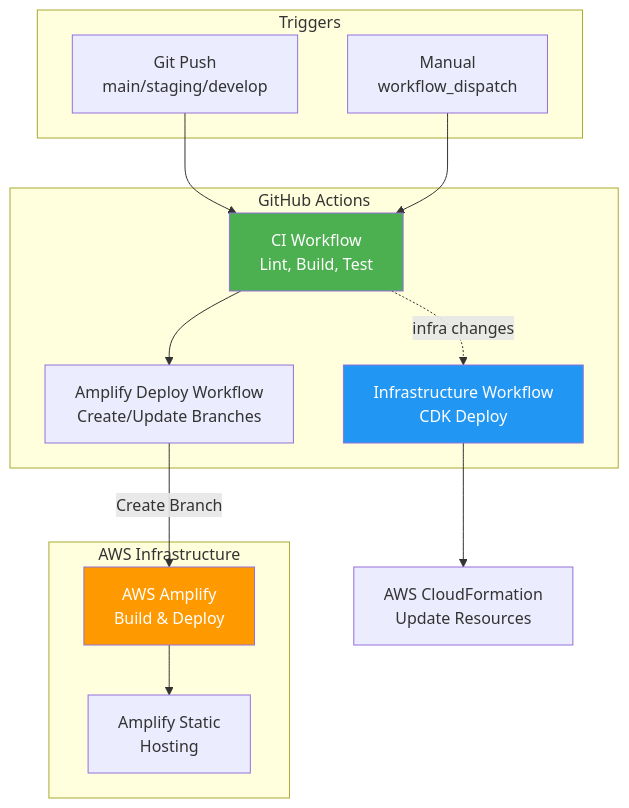
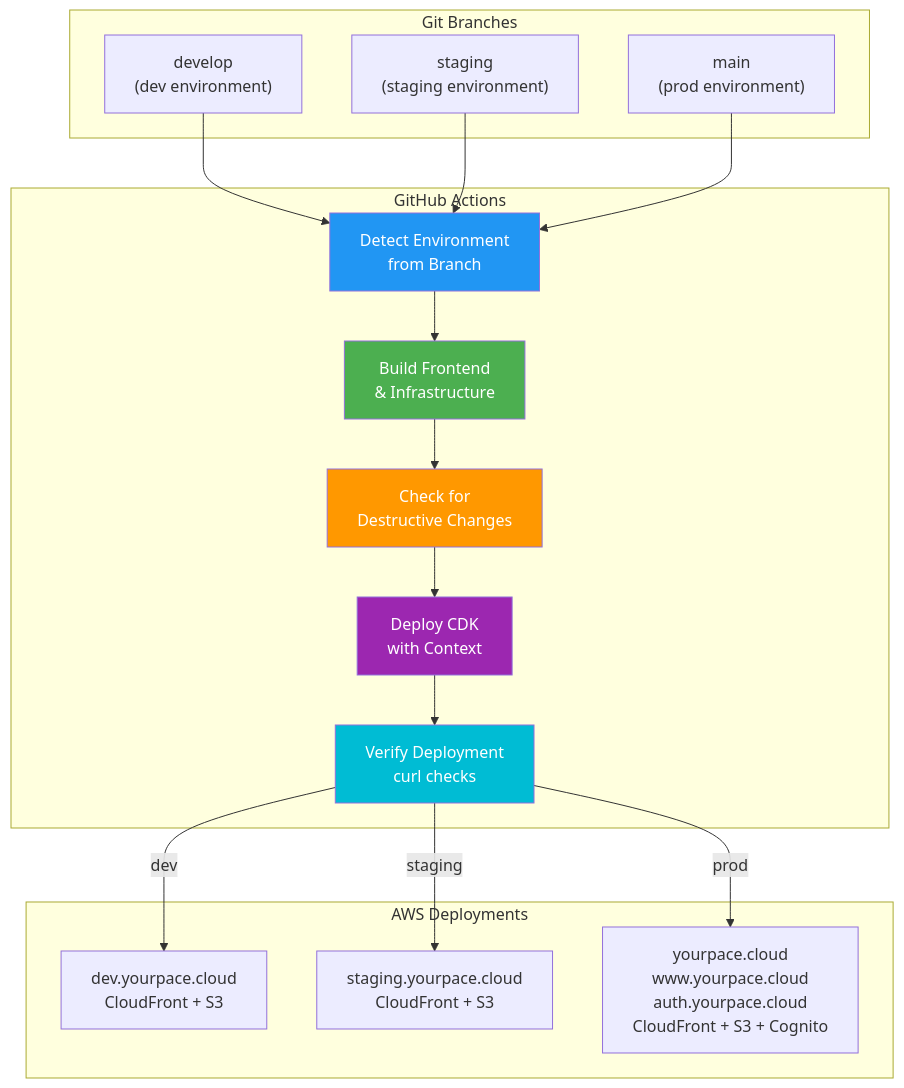
One commit to DigiAye/yourpace changed the first of 4 diagrams in docs/CI-CD-PIPELINE.md. Above: the diagram before and after it, drawn with Mermaid. The commit also changed other lines of this file and 16 other files, not shown here.

````diff
--- a/docs/CI-CD-PIPELINE.md
+++ b/docs/CI-CD-PIPELINE.md
@@ -17,32 +19,41 @@
 ```mermaid
 flowchart TB
-    subgraph "Triggers"
-        GIT[Git Push<br/>main/staging/develop]
-        MANUAL[Manual<br/>workflow_dispatch]
+    subgraph "Git Branches"
+        DEV["develop<br/>(dev environment)"]
+        STG["staging<br/>(staging environment)"]
+        MAIN["main<br/>(prod environment)"]
     end
 
     subgraph "GitHub Actions"
-        CI[CI Workflow<br/>Lint, Build, Test]
-        INFRA[Infrastructure Workflow<br/>CDK Deploy]
-        AMPLIFY_DEPLOY[Amplify Deploy Workflow<br/>Create/Update Branches]
+        DETECT["Detect Environment<br/>from Branch"]
+        BUILD["Build Frontend<br/>& Infrastructure"]
+        CHECK["Check for<br/>Destructive Changes"]
+        DEPLOY["Deploy CDK<br/>with Context"]
+        VERIFY["Verify Deployment<br/>curl checks"]
     end
 
-    subgraph "AWS Infrastructure"
-        AMPLIFY[AWS Amplify<br/>Build & Deploy]
-        S3[Amplify Static<br/>Hosting]
+    subgraph "AWS Deployments"
+        DEV_DEPLOY["dev.yourpace.cloud<br/>CloudFront + S3"]
+        STG_DEPLOY["staging.yourpace.cloud<br/>CloudFront + S3"]
+        PROD_DEPLOY["yourpace.cloud<br/>www.yourpace.cloud<br/>auth.yourpace.cloud<br/>CloudFront + S3 + Cognito"]
     end
 
-    GIT --> CI
-    MANUAL --> CI
-    CI --> AMPLIFY_DEPLOY
-    CI -.->|infra changes| INFRA
-    AMPLIFY_DEPLOY -->|Create Branch| AMPLIFY
+    DEV --> DETECT
+    STG --> DETECT
+    MAIN --> DETECT
     
-    AMPLIFY --> S3
+    DETECT --> BUILD
+    BUILD --> CHECK
+    CHECK --> DEPLOY
+    DEPLOY --> VERIFY
     
-    INFRA --> AWS[AWS CloudFormation<br/>Update Resources]
+    VERIFY -->|dev| DEV_DEPLOY
+    VERIFY -->|staging| STG_DEPLOY
+    VERIFY -->|prod| PROD_DEPLOY
 
-    style CI fill:#4CAF50,color:white
-    style AMPLIFY fill:#FF9900,color:white
-    style INFRA fill:#2196F3,color:white
+    style DETECT fill:#2196F3,color:white
+    style BUILD fill:#4CAF50,color:white
+    style CHECK fill:#FF9800,color:white
+    style DEPLOY fill:#9C27B0,color:white
+    style VERIFY fill:#00BCD4,color:white
 ```
````
